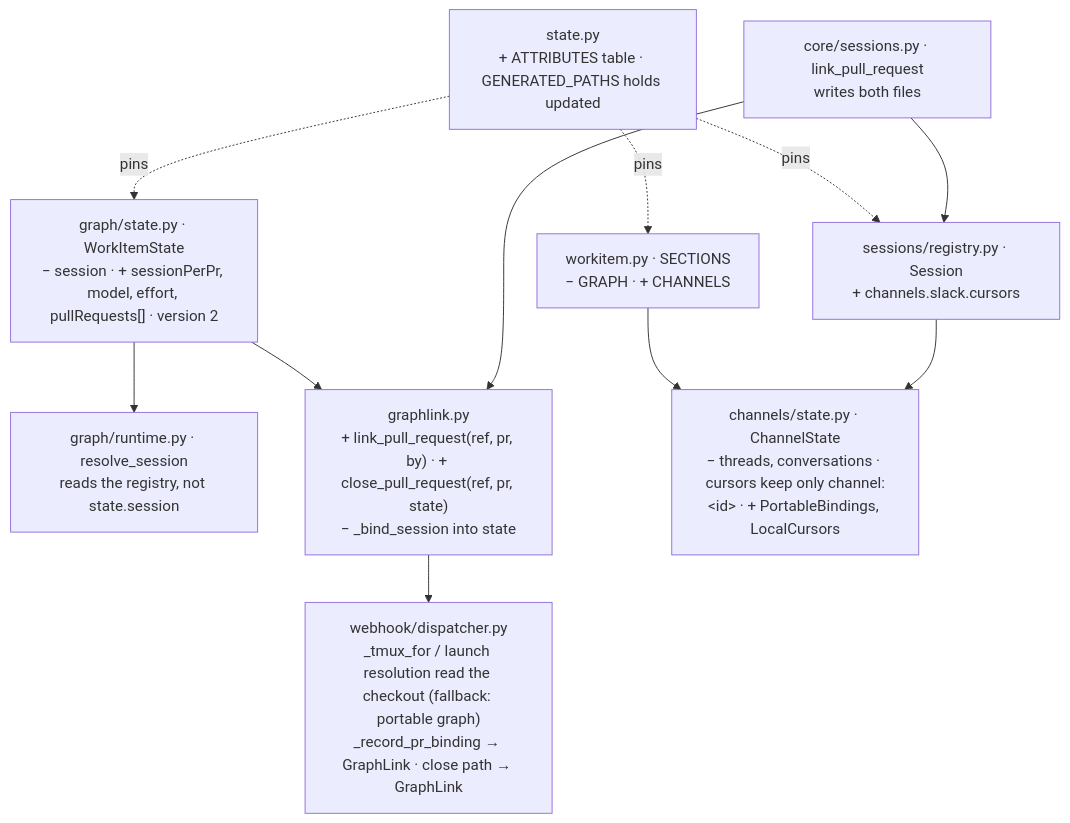
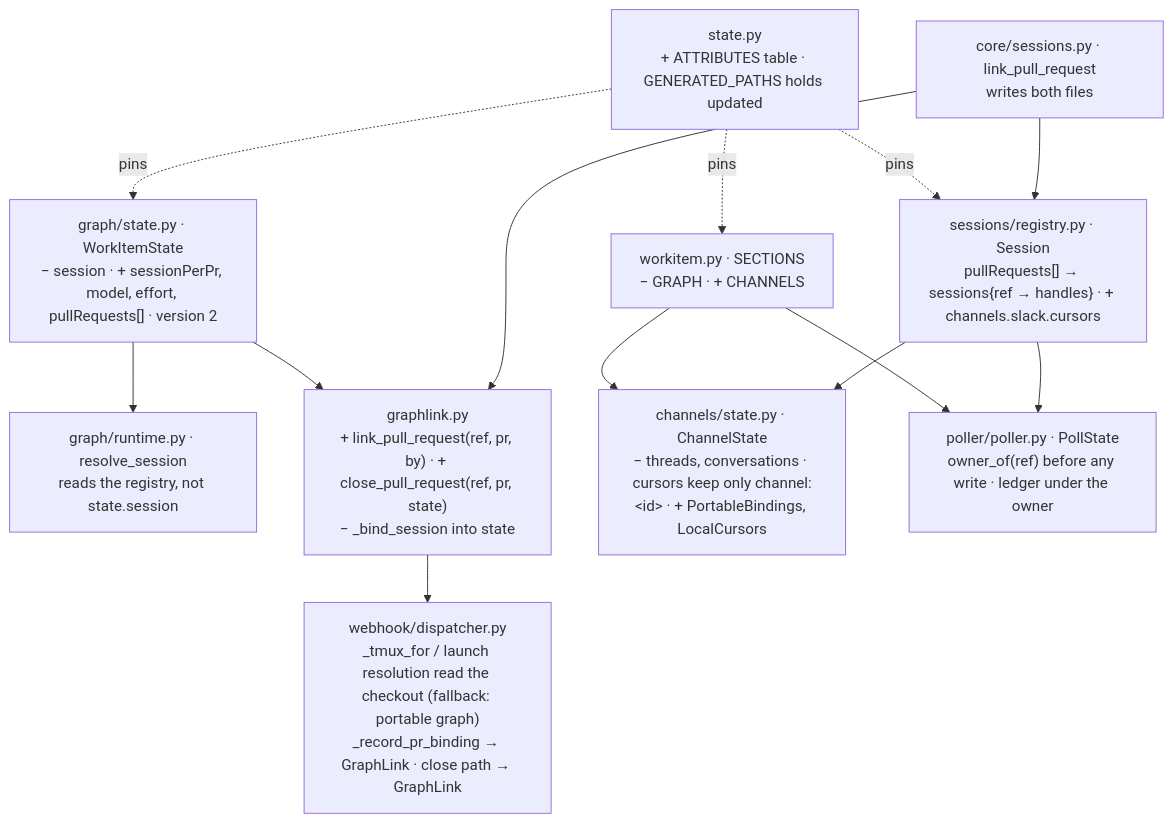
The third of 3 diagrams in docs/specs/issue-368/design.md (MadaraUchiha-314/the-loop), drawn with Mermaid before and after one commit. The commit also changed other lines of this file and 2 other files, not shown here.

````diff
--- a/docs/specs/issue-368/design.md
+++ b/docs/specs/issue-368/design.md
@@ -376,18 +445,21 @@
 ```mermaid
 flowchart TB
     ST["graph/state.py · WorkItemState<br/>− session · + sessionPerPr, model, effort, pullRequests[] · version 2"]
     RT["graph/runtime.py · resolve_session<br/>reads the registry, not state.session"]
     GL["graphlink.py<br/>+ link_pull_request(ref, pr, by) · + close_pull_request(ref, pr, state)<br/>− _bind_session into state"]
     DP["webhook/dispatcher.py<br/>_tmux_for / launch resolution read the checkout (fallback: portable graph)<br/>_record_pr_binding → GraphLink · close path → GraphLink"]
     WI["workitem.py · SECTIONS<br/>− GRAPH · + CHANNELS"]
     CS["channels/state.py · ChannelState<br/>− threads, conversations · cursors keep only channel:&lt;id&gt; · + PortableBindings, LocalCursors"]
-    SR["sessions/registry.py · Session<br/>+ channels.slack.cursors"]
+    SR["sessions/registry.py · Session<br/>pullRequests[] → sessions{ref → handles} · + channels.slack.cursors"]
+    PL["poller/poller.py · PollState<br/>owner_of(ref) before any write · ledger under the owner"]
     SP["state.py<br/>+ ATTRIBUTES table · GENERATED_PATHS holds updated"]
     CO["core/sessions.py · link_pull_request<br/>writes both files"]
     ST --> RT & GL
     GL --> DP
     WI --> CS
+    WI --> PL
+    SR --> PL
     SR --> CS
     SP -.pins.-> ST & WI & SR
     CO --> GL & SR
 ```
````
